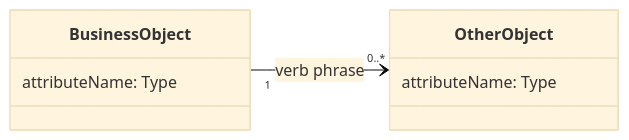
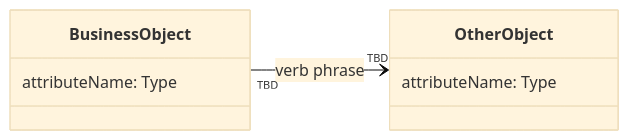
One commit to renzrollon/hairspring changed the diagram in skills/specification/domain-model/assets/domain-model.md. Above: the diagram before and after it, drawn with Mermaid (base theme). The commit also changed other lines of this file and 102 other files, not shown here.

First line of the commit message:
feat(skills): specification modeling (use cases, domain, process flow, state machines)

````diff
--- a/skills/specification/domain-model/assets/domain-model.md
+++ b/skills/specification/domain-model/assets/domain-model.md
@@ -14,11 +14,11 @@
 ```mermaid
 classDiagram
   direction LR
   class BusinessObject {
     attributeName: Type
   }
   class OtherObject {
     attributeName: Type
   }
-  BusinessObject "1" --> "0..*" OtherObject : verb phrase
+  BusinessObject "TBD" --> "TBD" OtherObject : verb phrase
 ```
````
